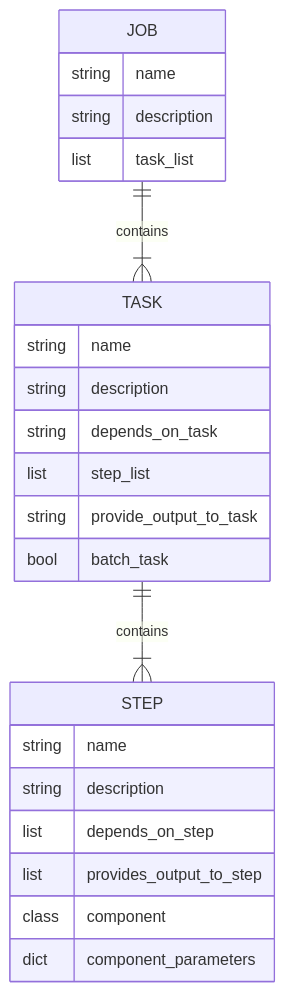
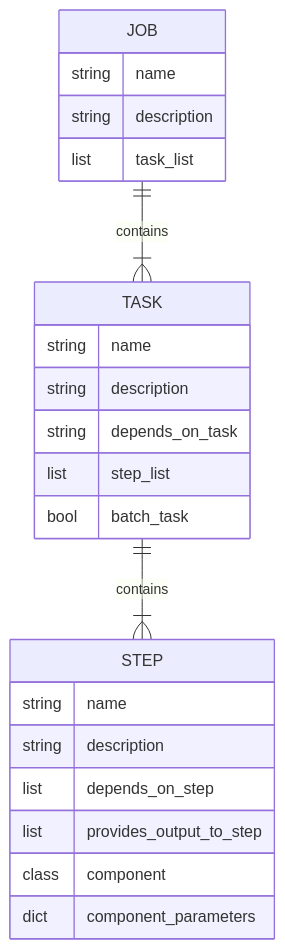
Before and after one commit to rtdip/core: the diagram in docs/blog/rtdip_ingestion_pipelines.md, drawn with Mermaid. The commit also changed other lines of this file and 2 other files, not shown here.

````diff
--- a/docs/blog/rtdip_ingestion_pipelines.md
+++ b/docs/blog/rtdip_ingestion_pipelines.md
@@ -21,26 +21,25 @@
 ``` mermaid
 erDiagram
   JOB ||--|{ TASK : contains
   TASK ||--|{ STEP : contains
   JOB {
     string name
     string description
     list task_list
   }
   TASK {
     string name
     string description
     string depends_on_task
     list step_list
-    string provide_output_to_task
     bool batch_task
   }
   STEP {
     string name
     string description
     list depends_on_step
     list provides_output_to_step
     class component
     dict component_parameters
   }
 ```
````
